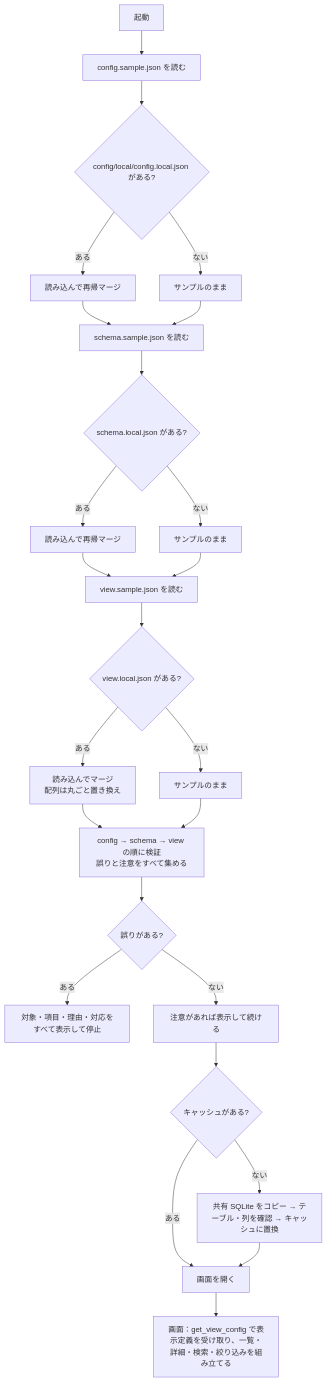
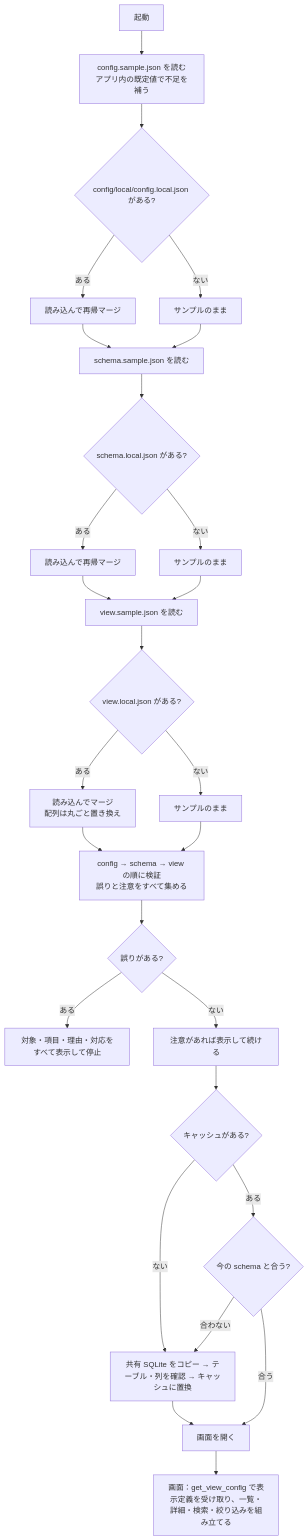
The diagram in data-search/docs/config-design.md (tkdtakeda/base), drawn with Mermaid before and after one commit. The commit also changed other lines of this file and 30 other files, not shown here.

First line of the commit message:
Adopt provided config/schema/view samples

````diff
--- a/data-search/docs/config-design.md
+++ b/data-search/docs/config-design.md
@@ -134,27 +144,29 @@
 ```mermaid
 flowchart TD
-    S[起動] --> C1[config.sample.json を読む]
+    S[起動] --> C1[config.sample.json を読む<br/>アプリ内の既定値で不足を補う]
     C1 --> C2{config/local/config.local.json がある?}
     C2 -- ある --> C3[読み込んで再帰マージ]
     C2 -- ない --> C4[サンプルのまま]
     C3 --> D1
     C4 --> D1[schema.sample.json を読む]
     D1 --> D2{schema.local.json がある?}
     D2 -- ある --> D3[読み込んで再帰マージ]
     D2 -- ない --> D4[サンプルのまま]
     D3 --> V1
     D4 --> V1[view.sample.json を読む]
     V1 --> V2{view.local.json がある?}
     V2 -- ある --> V3[読み込んでマージ<br/>配列は丸ごと置き換え]
     V2 -- ない --> V4[サンプルのまま]
     V3 --> K
     V4 --> K[config → schema → view の順に検証<br/>誤りと注意をすべて集める]
     K --> E{誤りがある?}
     E -- ある --> X[対象・項目・理由・対応をすべて表示して停止]
     E -- ない --> W[注意があれば表示して続ける]
     W --> Q{キャッシュがある?}
     Q -- ない --> R[共有 SQLite をコピー → テーブル・列を確認 → キャッシュに置換]
-    Q -- ある --> U
+    Q -- ある --> M{今の schema と合う?}
+    M -- 合わない --> R
+    M -- 合う --> U
     R --> U[画面を開く]
     U --> G[画面：get_view_config で表示定義を受け取り、一覧・詳細・検索・絞り込みを組み立てる]
 ```
````
